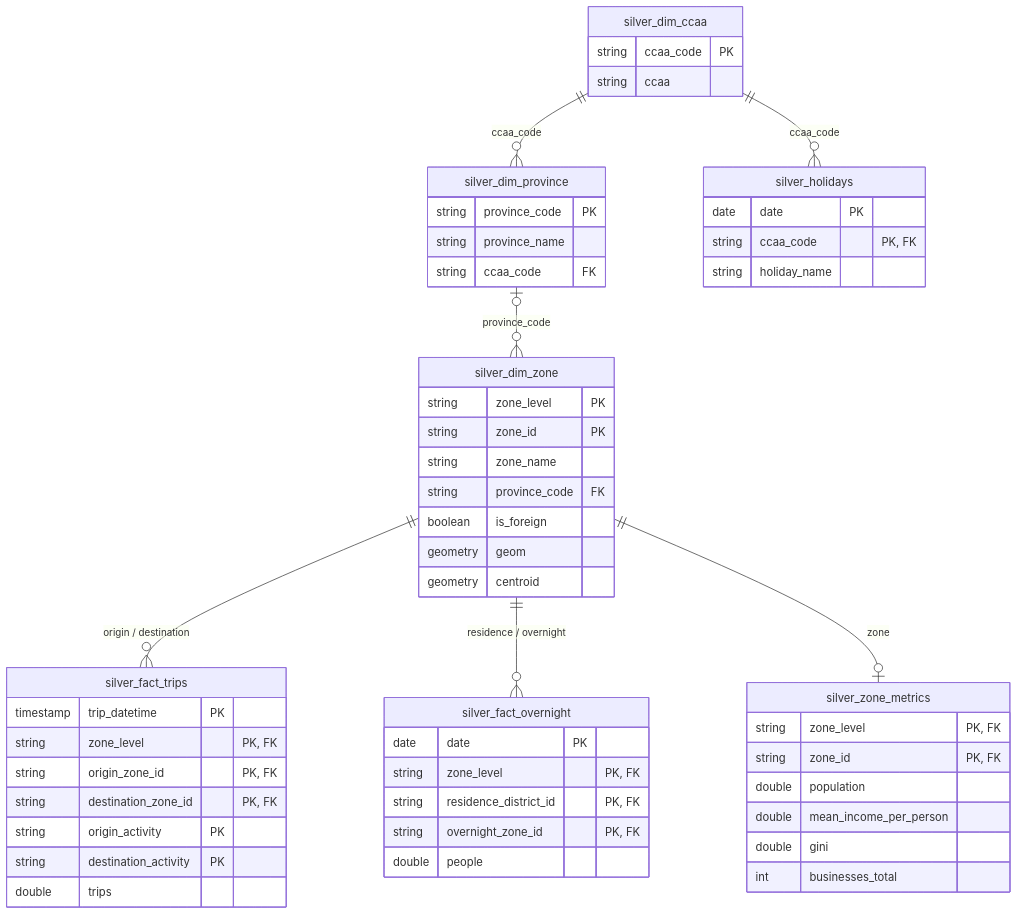
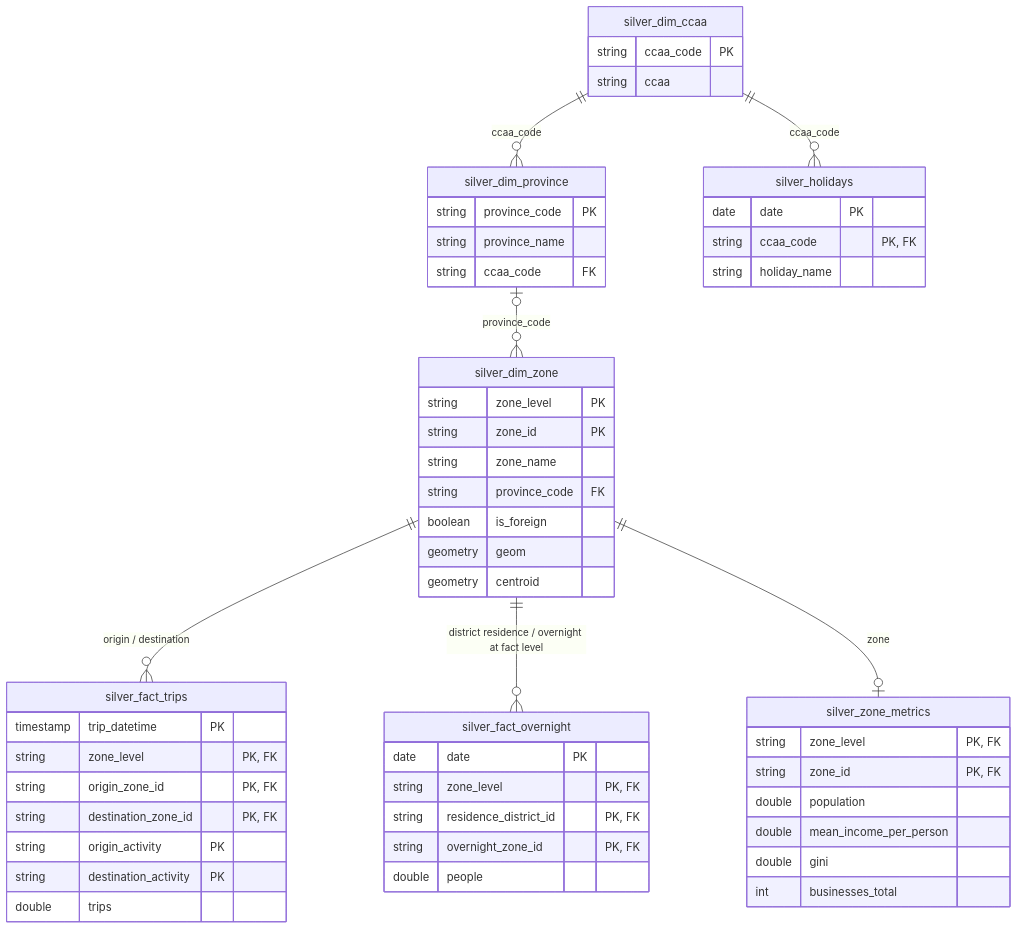
Before and after one commit to Enric343/mobility_lakehouse: the second of 2 diagrams in docs/lakehouse.md, drawn with Mermaid. The commit also changed other lines of this file and 19 other files, not shown here.

````diff
--- a/docs/lakehouse.md
+++ b/docs/lakehouse.md
@@ -59,57 +65,57 @@
 ```mermaid
 erDiagram
     silver_dim_ccaa {
         string ccaa_code PK
         string ccaa
     }
     silver_dim_province {
         string province_code PK
         string province_name
         string ccaa_code FK
     }
     silver_dim_zone {
         string zone_level PK
         string zone_id PK
         string zone_name
         string province_code FK
         boolean is_foreign
         geometry geom
         geometry centroid
     }
     silver_holidays {
         date date PK
         string ccaa_code "PK, FK"
         string holiday_name
     }
     silver_fact_trips {
         timestamp trip_datetime PK
         string zone_level "PK, FK"
         string origin_zone_id "PK, FK"
         string destination_zone_id "PK, FK"
         string origin_activity PK
         string destination_activity PK
         double trips
     }
     silver_fact_overnight {
         date date PK
         string zone_level "PK, FK"
         string residence_district_id "PK, FK"
         string overnight_zone_id "PK, FK"
         double people
     }
     silver_zone_metrics {
         string zone_level "PK, FK"
         string zone_id "PK, FK"
         double population
         double mean_income_per_person
         double gini
         int businesses_total
     }
 
     silver_dim_province |o--o{ silver_dim_zone : "province_code"
     silver_dim_ccaa ||--o{ silver_dim_province : "ccaa_code"
     silver_dim_ccaa ||--o{ silver_holidays : "ccaa_code"
     silver_dim_zone ||--o{ silver_fact_trips : "origin / destination"
-    silver_dim_zone ||--o{ silver_fact_overnight : "residence / overnight"
+    silver_dim_zone ||--o{ silver_fact_overnight : "district residence / overnight at fact level"
     silver_dim_zone ||--o| silver_zone_metrics : "zone"
 ```
````
